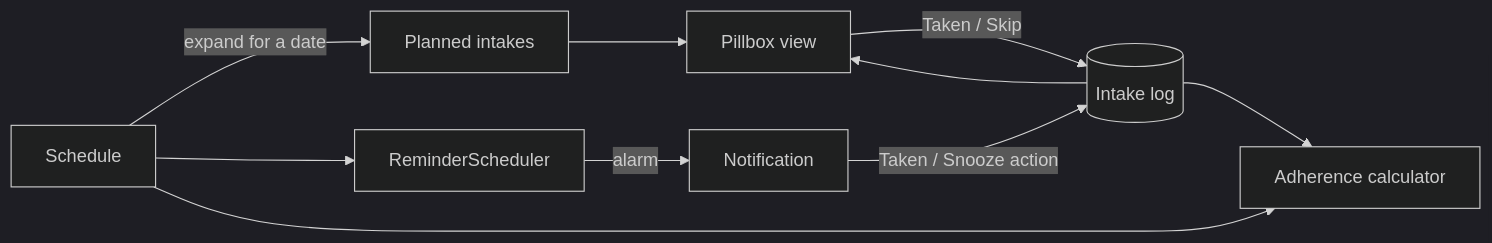
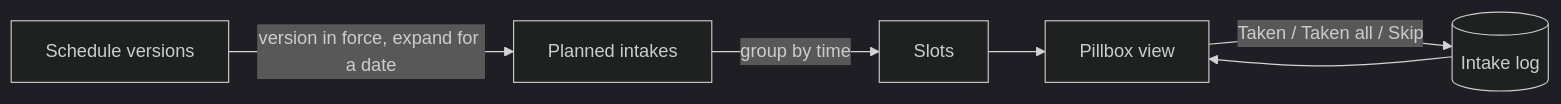
The first of 2 diagrams in openspec/changes/add-medication-management/design.md (mannetje/health_journal), drawn with Mermaid (dark theme) before and after one commit. The commit also changed other lines of this file and 28 other files, not shown here.

Commit message:
docs: split medication proposal into four OpenSpec changes (management, reminders, adherence, encryption and lock); update roadmap and docs

````diff
--- a/openspec/changes/add-medication-management/design.md
+++ b/openspec/changes/add-medication-management/design.md
@@ -40,12 +50,8 @@
 ```mermaid
 flowchart LR
-    S[Schedule] -->|expand for a date| P[Planned intakes]
-    P --> V[Pillbox view]
+    S[Schedule versions] -->|version in force, expand for a date| P[Planned intakes]
+    P -->|group by time| SL[Slots]
+    SL --> V[Pillbox view]
     L[(Intake log)] --> V
-    V -->|Taken / Skip| L
-    S --> R[ReminderScheduler]
-    R -->|alarm| N[Notification]
-    N -->|Taken / Snooze action| L
-    L --> A[Adherence calculator]
-    S --> A
+    V -->|Taken / Taken all / Skip| L
 ```
````
